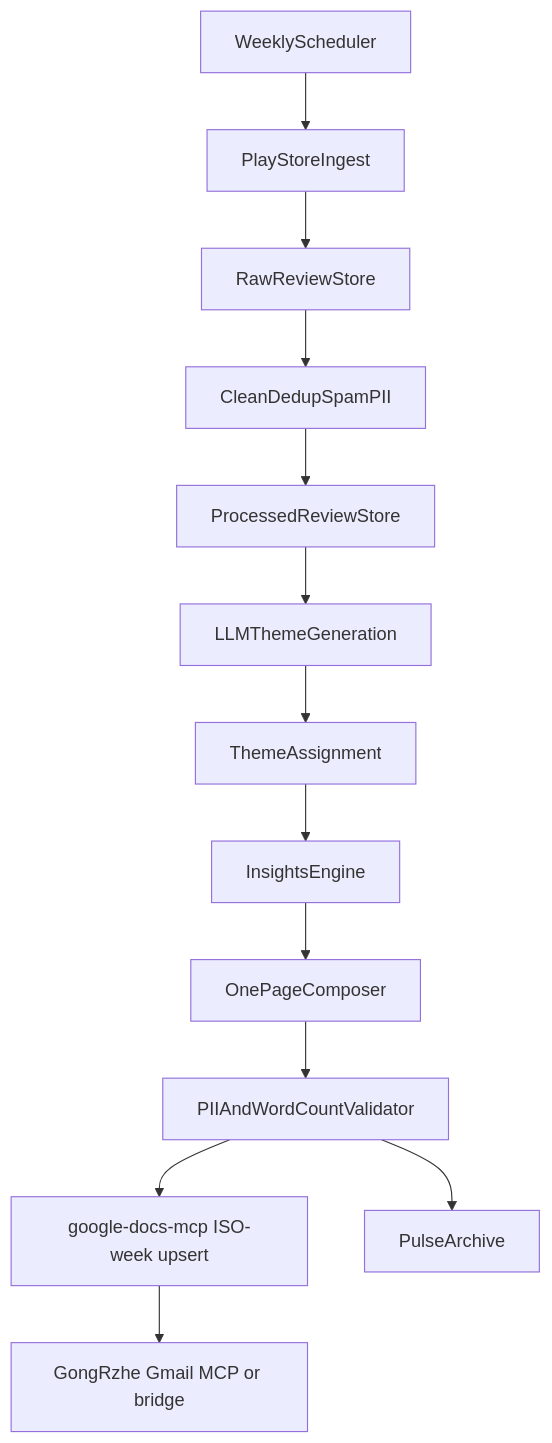
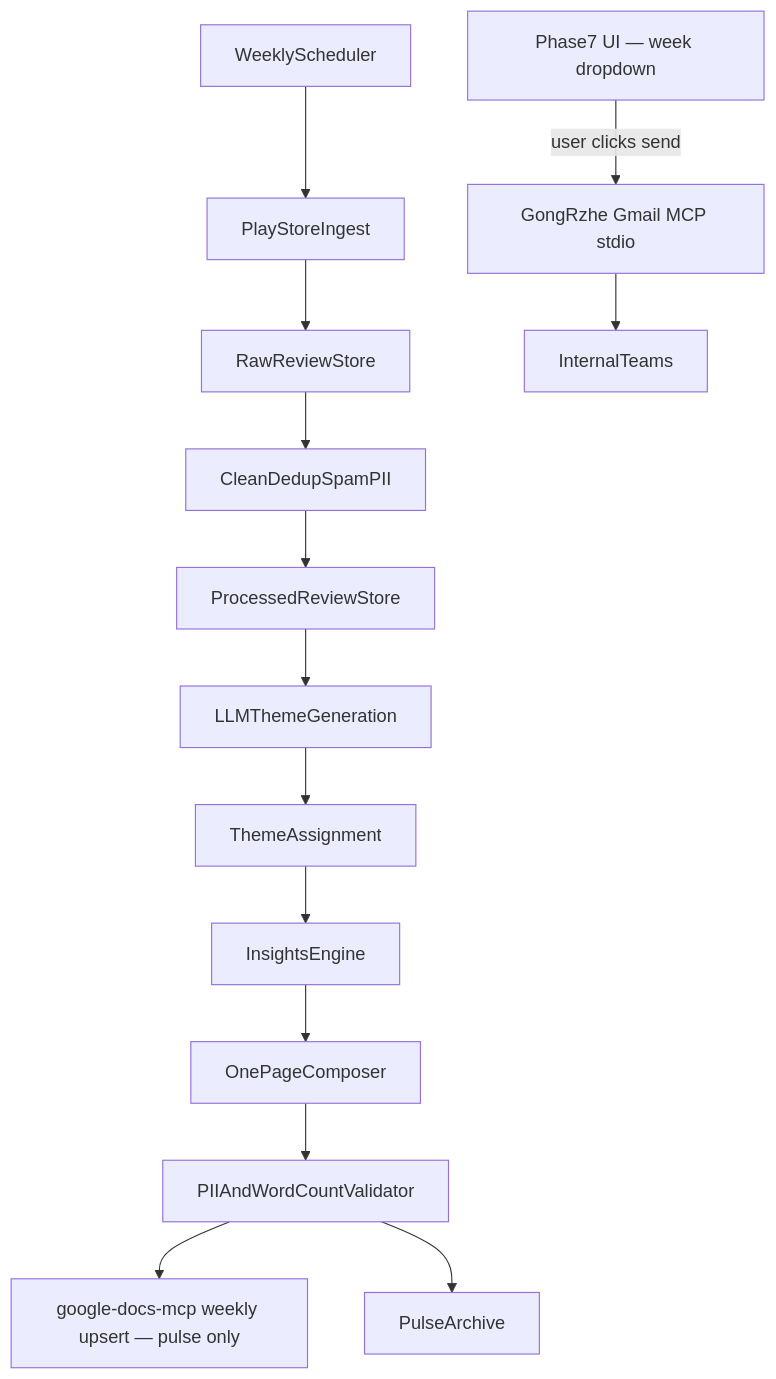
The second of 2 diagrams in Architecture.md (sonal-dks/weeklypulsemcp), drawn with Mermaid before and after one commit. The commit also changed other lines of this file and 64 other files, not shown here.

First line of the commit message:
Prepare Phase 7 for Vercel: light UI + stable month-week artifacts

````diff
--- a/Architecture.md
+++ b/Architecture.md
@@ -475,15 +516,16 @@
 ```mermaid
 flowchart TD
   scheduler[WeeklyScheduler] --> ingest[PlayStoreIngest]
   ingest --> rawStore[RawReviewStore]
   rawStore --> clean[CleanDedupSpamPII]
   clean --> procStore[ProcessedReviewStore]
   procStore --> themeGen[LLMThemeGeneration]
   themeGen --> cluster[ThemeAssignment]
   cluster --> insights[InsightsEngine]
   insights --> note[OnePageComposer]
   note --> policy[PIIAndWordCountValidator]
-  policy --> docappend[google-docs-mcp ISO-week upsert]
-  docappend --> email[GongRzhe Gmail MCP or bridge]
+  policy --> docappend[google-docs-mcp weekly upsert — pulse only]
   policy --> archive[PulseArchive]
+  ui[Phase7 UI — week dropdown] -->|user clicks send| email[GongRzhe Gmail MCP stdio]
+  email --> users[InternalTeams]
 ```
````
